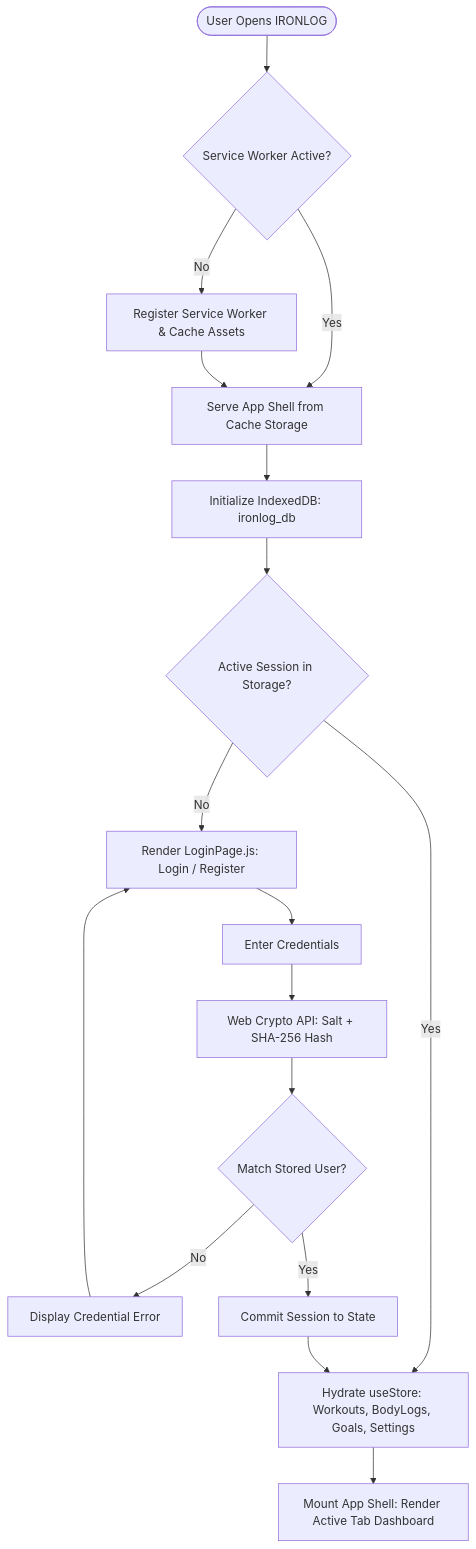
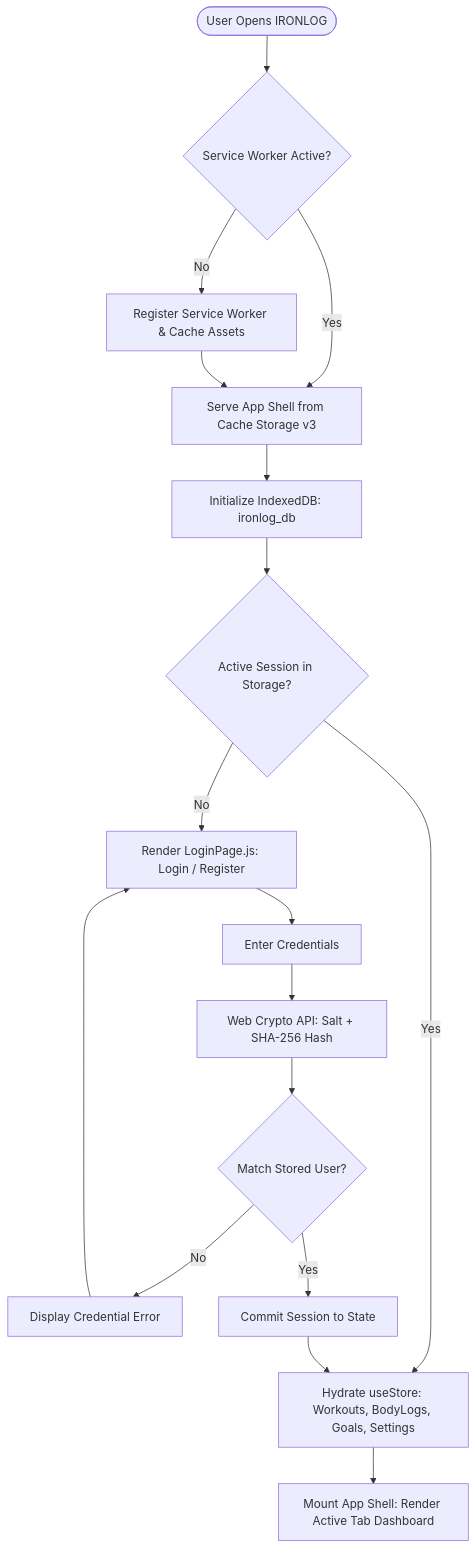
The first of 4 diagrams in project_report.md (kiranjdv/ironlog), drawn with Mermaid before and after one commit. The commit also changed other lines of this file and 1 other file, not shown here.

````diff
--- a/project_report.md
+++ b/project_report.md
@@ -175,17 +230,17 @@
 ```mermaid
 graph TD
     Start([User Opens IRONLOG]) --> SWCheck{Service Worker Active?}
-    SWCheck -- Yes --> LoadCache[Serve App Shell from Cache Storage]
+    SWCheck -- Yes --> LoadCache[Serve App Shell from Cache Storage v3]
     SWCheck -- No --> RegisterSW[Register Service Worker & Cache Assets] --> LoadCache
     LoadCache --> InitDB[Initialize IndexedDB: ironlog_db]
     InitDB --> AuthCheck{Active Session in Storage?}
     AuthCheck -- No --> RenderLogin[Render LoginPage.js: Login / Register]
     RenderLogin --> UserAuth[Enter Credentials]
     UserAuth --> HashPass[Web Crypto API: Salt + SHA-256 Hash]
     HashPass --> VerifyUser{Match Stored User?}
     VerifyUser -- No --> AuthErr[Display Credential Error] --> RenderLogin
     VerifyUser -- Yes --> SetSession[Commit Session to State]
     AuthCheck -- Yes --> HydrateStore[Hydrate useStore: Workouts, BodyLogs, Goals, Settings]
     SetSession --> HydrateStore
     HydrateStore --> RenderApp[Mount App Shell: Render Active Tab Dashboard]
 ```
````
